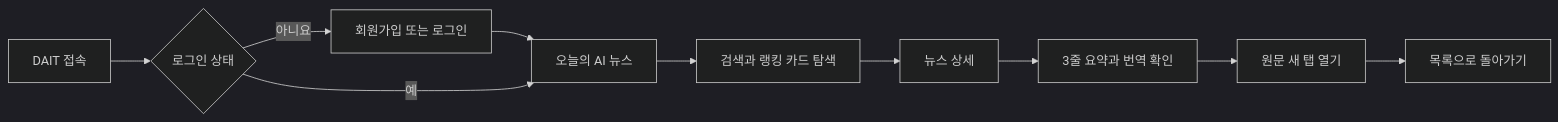
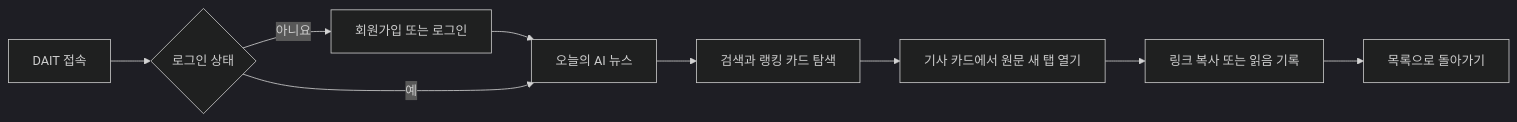
The first of 2 diagrams in docs/DAIT_v1.0.4/01_기본기획서_v1.0.4.md (dokaeby/DAIT), drawn with Mermaid (dark theme) before and after one commit. The commit also changed other lines of this file and 29 other files, not shown here.

````diff
--- a/docs/DAIT_v1.0.4/01_기본기획서_v1.0.4.md
+++ b/docs/DAIT_v1.0.4/01_기본기획서_v1.0.4.md
@@ -184,12 +191,11 @@
 ```mermaid
 flowchart LR
     A[DAIT 접속] --> B{로그인 상태}
     B -- 아니요 --> C[회원가입 또는 로그인]
     C --> D[오늘의 AI 뉴스]
     B -- 예 --> D
     D --> E[검색과 랭킹 카드 탐색]
-    E --> F[뉴스 상세]
-    F --> G[3줄 요약과 번역 확인]
-    G --> H[원문 새 탭 열기]
-    H --> I[목록으로 돌아가기]
+    E --> F[기사 카드에서 원문 새 탭 열기]
+    F --> G[링크 복사 또는 읽음 기록]
+    G --> H[목록으로 돌아가기]
 ```
````
